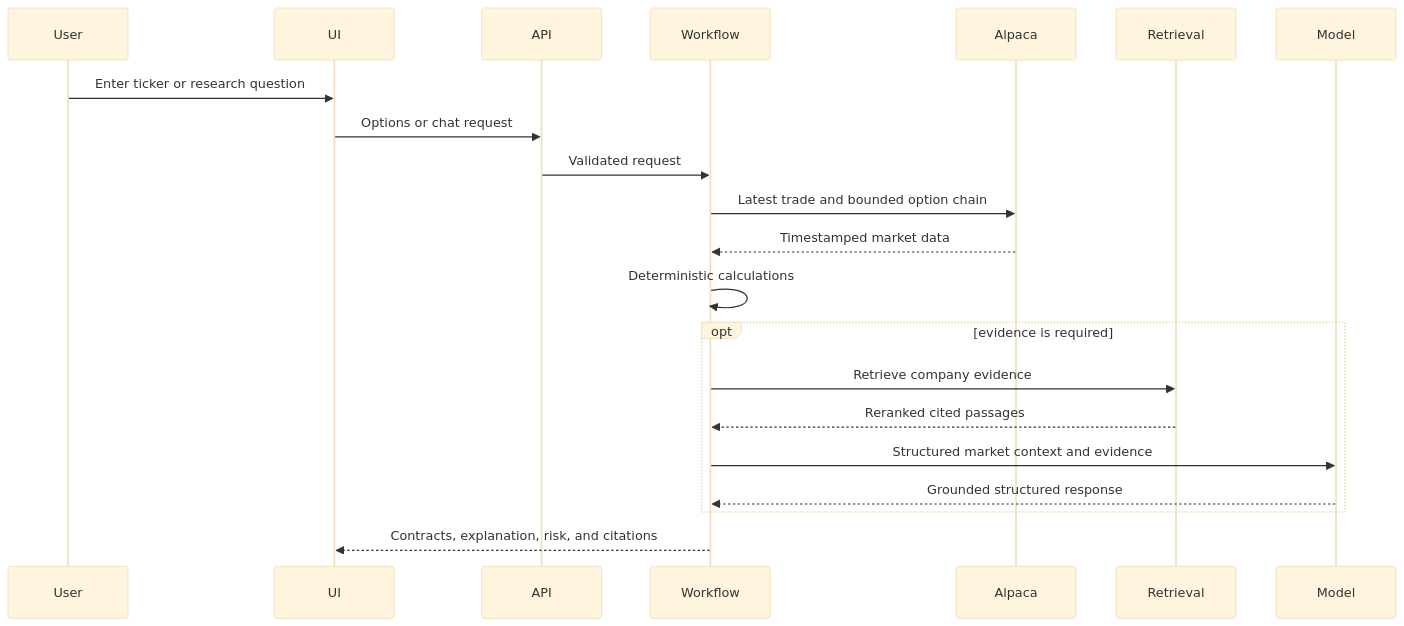
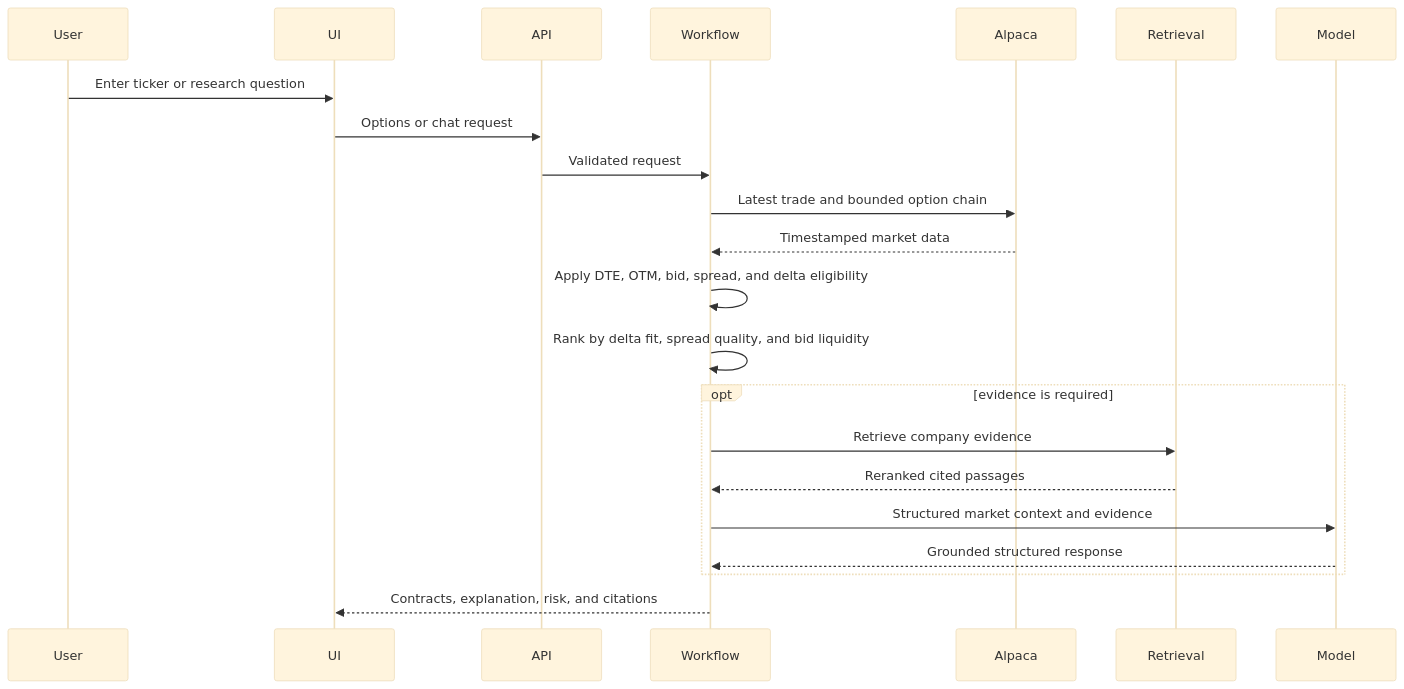
The fourth of 4 diagrams in docs/ARCHITECTURE.md (SaiKalyan124/csp-screener-capstone), drawn with Mermaid (base theme) before and after one commit. The commit also changed other lines of this file and 11 other files, not shown here.

````diff
--- a/docs/ARCHITECTURE.md
+++ b/docs/ARCHITECTURE.md
@@ -75,24 +80,25 @@
 ```mermaid
 sequenceDiagram
     participant User
     participant UI
     participant API
     participant Workflow
     participant Alpaca
     participant Retrieval
     participant Model
 
     User->>UI: Enter ticker or research question
     UI->>API: Options or chat request
     API->>Workflow: Validated request
     Workflow->>Alpaca: Latest trade and bounded option chain
     Alpaca-->>Workflow: Timestamped market data
-    Workflow->>Workflow: Deterministic calculations
+    Workflow->>Workflow: Apply DTE, OTM, bid, spread, and delta eligibility
+    Workflow->>Workflow: Rank by delta fit, spread quality, and bid liquidity
     opt evidence is required
         Workflow->>Retrieval: Retrieve company evidence
         Retrieval-->>Workflow: Reranked cited passages
         Workflow->>Model: Structured market context and evidence
         Model-->>Workflow: Grounded structured response
     end
     Workflow-->>UI: Contracts, explanation, risk, and citations
 ```
````
